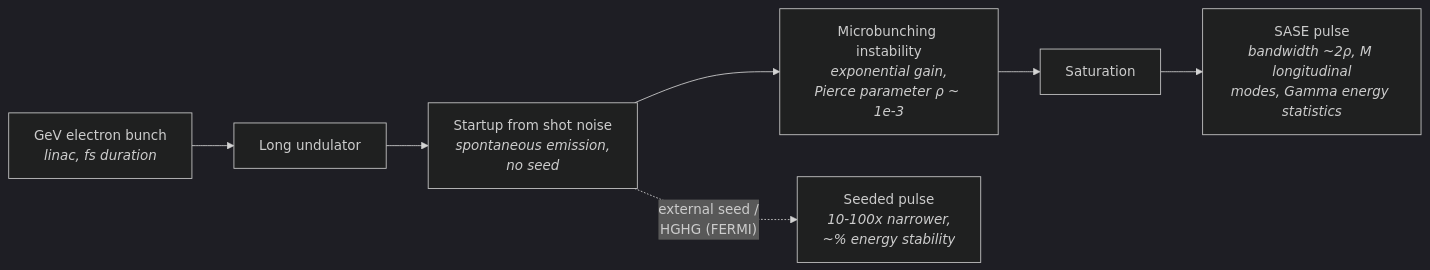
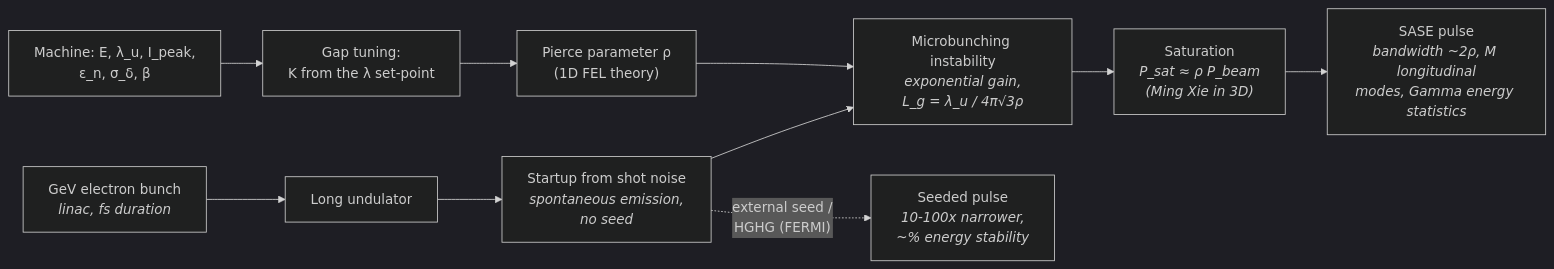
Before and after one commit to sonoransun/highuvlith: the diagram in docs/sources/xfel.md, drawn with Mermaid (dark theme). The commit also changed other lines of this file and 496 other files, not shown here.

````diff
--- a/docs/sources/xfel.md
+++ b/docs/sources/xfel.md
@@ -23,9 +31,12 @@
 ```mermaid
 flowchart LR
+    M["Machine: E, λ_u, I_peak,<br/>ε_n, σ_δ, β"] --> K["Gap tuning:<br/>K from the λ set-point"]
+    K --> R["Pierce parameter ρ<br/>(1D FEL theory)"]
     A["GeV electron bunch<br/><i>linac, fs duration</i>"] --> B["Long undulator"]
     B --> C["Startup from shot noise<br/><i>spontaneous emission,<br/>no seed</i>"]
-    C --> D["Microbunching instability<br/><i>exponential gain,<br/>Pierce parameter ρ ~ 1e-3</i>"]
-    D --> E["Saturation"]
+    C --> D["Microbunching instability<br/><i>exponential gain,<br/>L_g = λ_u / 4π√3ρ</i>"]
+    R --> D
+    D --> E["Saturation<br/><i>P_sat ≈ ρ P_beam<br/>(Ming Xie in 3D)</i>"]
     E --> F["SASE pulse<br/><i>bandwidth ~2ρ, M longitudinal<br/>modes, Gamma energy statistics</i>"]
     C -. "external seed /<br/>HGHG (FERMI)" .-> G["Seeded pulse<br/><i>10-100x narrower,<br/>~% energy stability</i>"]
 ```
````
